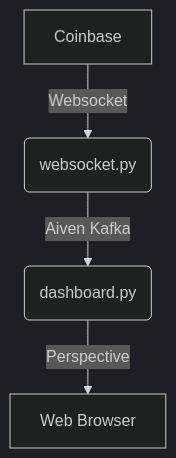
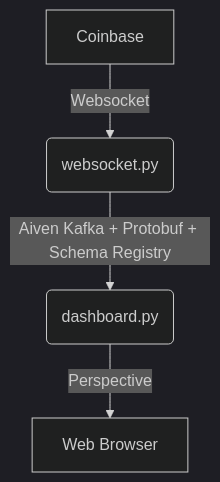
One commit to 0x26res/beavers-examples changed the diagram in 03_aiven/README.md. Above: the diagram before and after it, drawn with Mermaid (dark theme). The commit also changed other lines of this file and 1 other file, not shown here.

````diff
--- a/03_aiven/README.md
+++ b/03_aiven/README.md
@@ -13,6 +16,6 @@
 ```mermaid
 flowchart TD
     A[Coinbase] -->|Websocket| B(websocket.py)
-    B -->|Aiven Kafka| C(dashboard.py)
+    B -->|Aiven Kafka + Protobuf + Schema Registry| C(dashboard.py)
     C -->|Perspective| D[Web Browser]
 ```
````
